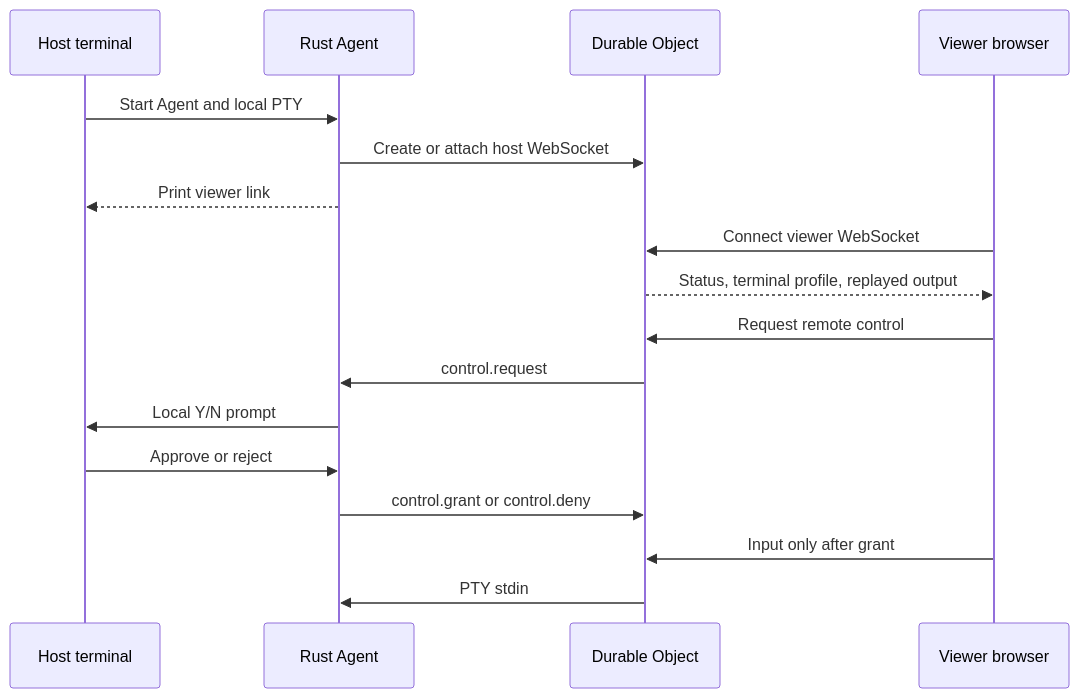
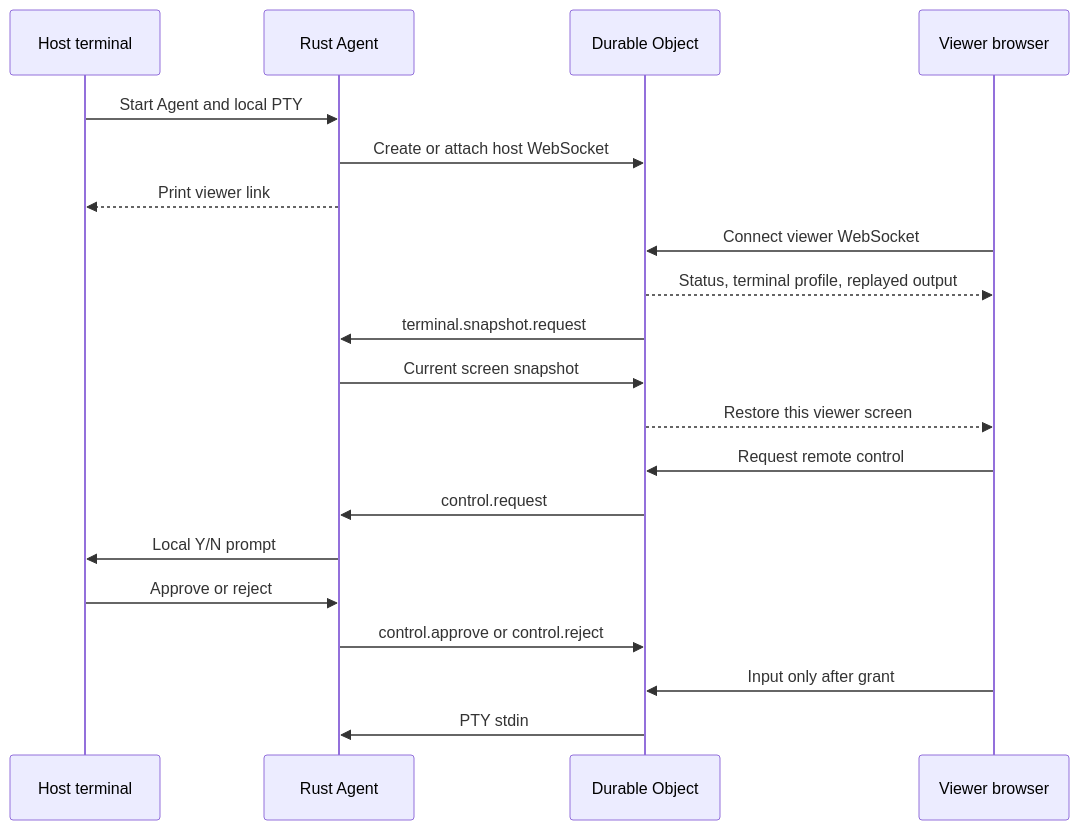
The diagram in docs/architecture.md (jiayx/shello), drawn with Mermaid before and after one commit. The commit also changed other lines of this file and 39 other files, not shown here.

```diff
--- a/docs/architecture.md
+++ b/docs/architecture.md
@@ -7,19 +7,22 @@
 ~~~mermaid
 sequenceDiagram
   participant H as Host terminal
   participant A as Rust Agent
   participant D as Durable Object
   participant V as Viewer browser
   H->>A: Start Agent and local PTY
   A->>D: Create or attach host WebSocket
   A-->>H: Print viewer link
   V->>D: Connect viewer WebSocket
   D-->>V: Status, terminal profile, replayed output
+  D->>A: terminal.snapshot.request
+  A->>D: Current screen snapshot
+  D-->>V: Restore this viewer screen
   V->>D: Request remote control
   D->>A: control.request
   A->>H: Local Y/N prompt
   H->>A: Approve or reject
-  A->>D: control.grant or control.deny
+  A->>D: control.approve or control.reject
   V->>D: Input only after grant
   D->>A: PTY stdin
 ~~~
```
